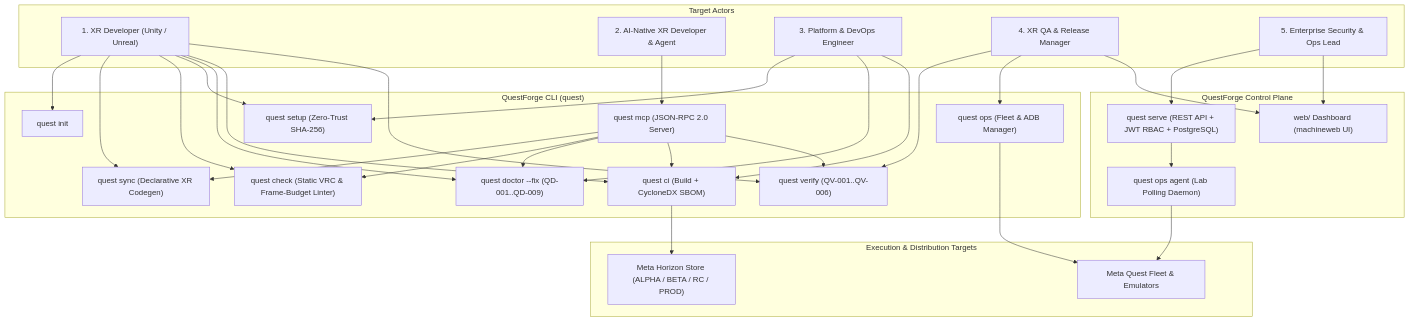
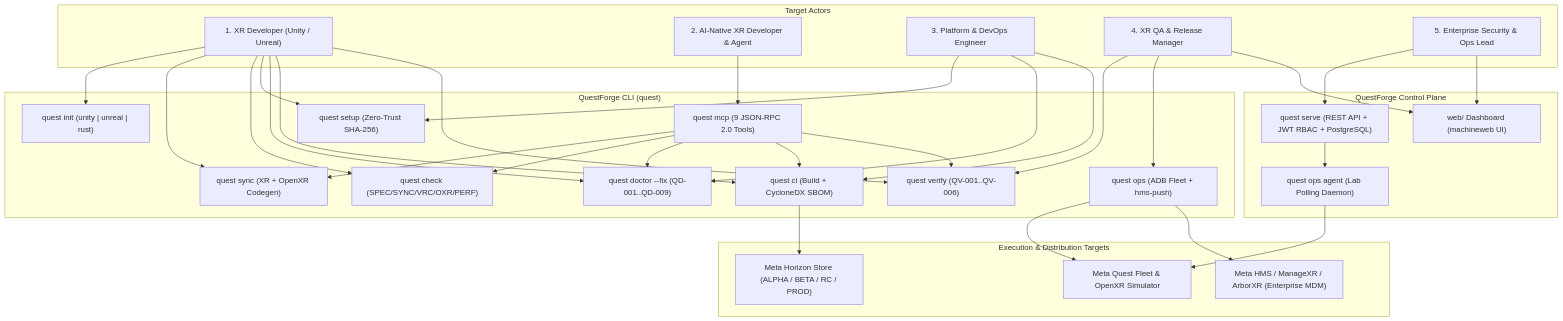
One commit to sweengineeringlabs/questforge changed the first of 10 diagrams in docs/3-design/developer_workflow.md. Above: the diagram before and after it, drawn with Mermaid. The commit also changed 4 other files, not shown here.

Commit message:
docs: align lean README, architecture with mermaid, workflows, developer guide, and ops runbook with template-engine

````diff
--- a/docs/3-design/developer_workflow.md
+++ b/docs/3-design/developer_workflow.md
@@ -11,63 +11,65 @@
 ```mermaid
 flowchart TD
     subgraph Actors["Target Actors"]
         Dev["1. XR Developer (Unity / Unreal)"]
         AIDev["2. AI-Native XR Developer & Agent"]
         DevOps["3. Platform & DevOps Engineer"]
         QA["4. XR QA & Release Manager"]
         Ent["5. Enterprise Security & Ops Lead"]
     end
 
     subgraph CLI["QuestForge CLI (quest)"]
-        Init["quest init"]
-        Sync["quest sync (Declarative XR Codegen)"]
-        Check["quest check (Static VRC & Frame-Budget Linter)"]
+        Init["quest init (unity | unreal | rust)"]
+        Sync["quest sync (XR + OpenXR Codegen)"]
+        Check["quest check (SPEC/SYNC/VRC/OXR/PERF)"]
         Setup["quest setup (Zero-Trust SHA-256)"]
         Doctor["quest doctor --fix (QD-001..QD-009)"]
-        MCP["quest mcp (JSON-RPC 2.0 Server)"]
+        MCP["quest mcp (9 JSON-RPC 2.0 Tools)"]
         CI["quest ci (Build + CycloneDX SBOM)"]
         Verify["quest verify (QV-001..QV-006)"]
-        Ops["quest ops (Fleet & ADB Manager)"]
+        Ops["quest ops (ADB Fleet + hms-push)"]
     end
 
     subgraph ControlPlane["QuestForge Control Plane"]
         Serve["quest serve (REST API + JWT RBAC + PostgreSQL)"]
         Web["web/ Dashboard (machineweb UI)"]
         Agent["quest ops agent (Lab Polling Daemon)"]
     end
 
     subgraph Targets["Execution & Distribution Targets"]
-        Headsets["Meta Quest Fleet & Emulators"]
+        Headsets["Meta Quest Fleet & OpenXR Simulator"]
         Store["Meta Horizon Store (ALPHA / BETA / RC / PROD)"]
+        HMS["Meta HMS / ManageXR / ArborXR (Enterprise MDM)"]
     end
 
     Dev --> Init
     Dev --> Sync
     Dev --> Check
     Dev --> Setup
     Dev --> Doctor
     Dev --> CI
     Dev --> Verify
 
     AIDev --> MCP
     MCP --> Sync
     MCP --> Check
     MCP --> Doctor
     MCP --> CI
     MCP --> Verify
 
     DevOps --> Setup
     DevOps --> Doctor
     DevOps --> CI
     CI --> Store
 
     QA --> Verify
     QA --> Ops
     QA --> Web
     Ops --> Headsets
+    Ops --> HMS
 
     Ent --> Serve
     Ent --> Web
     Serve --> Agent
     Agent --> Headsets
 ```
````
